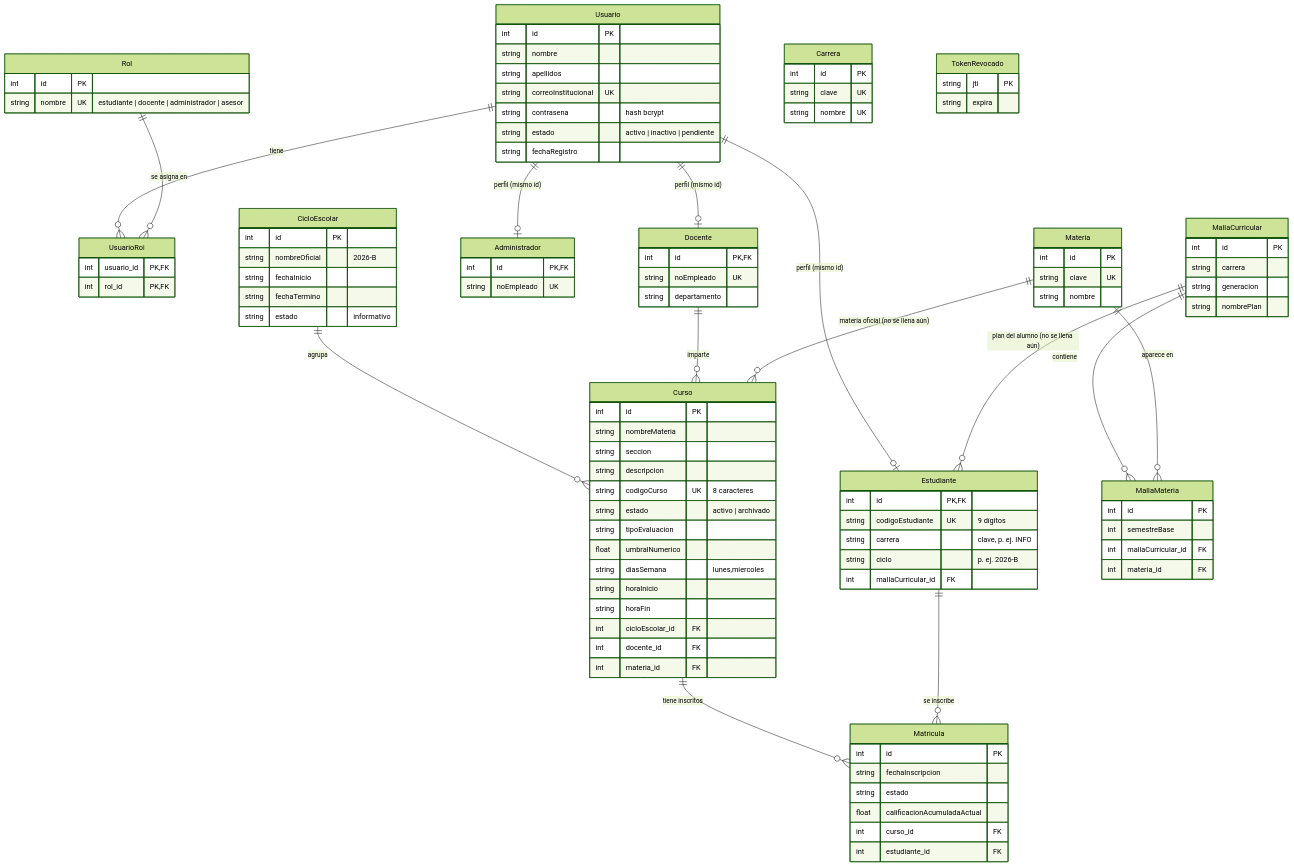
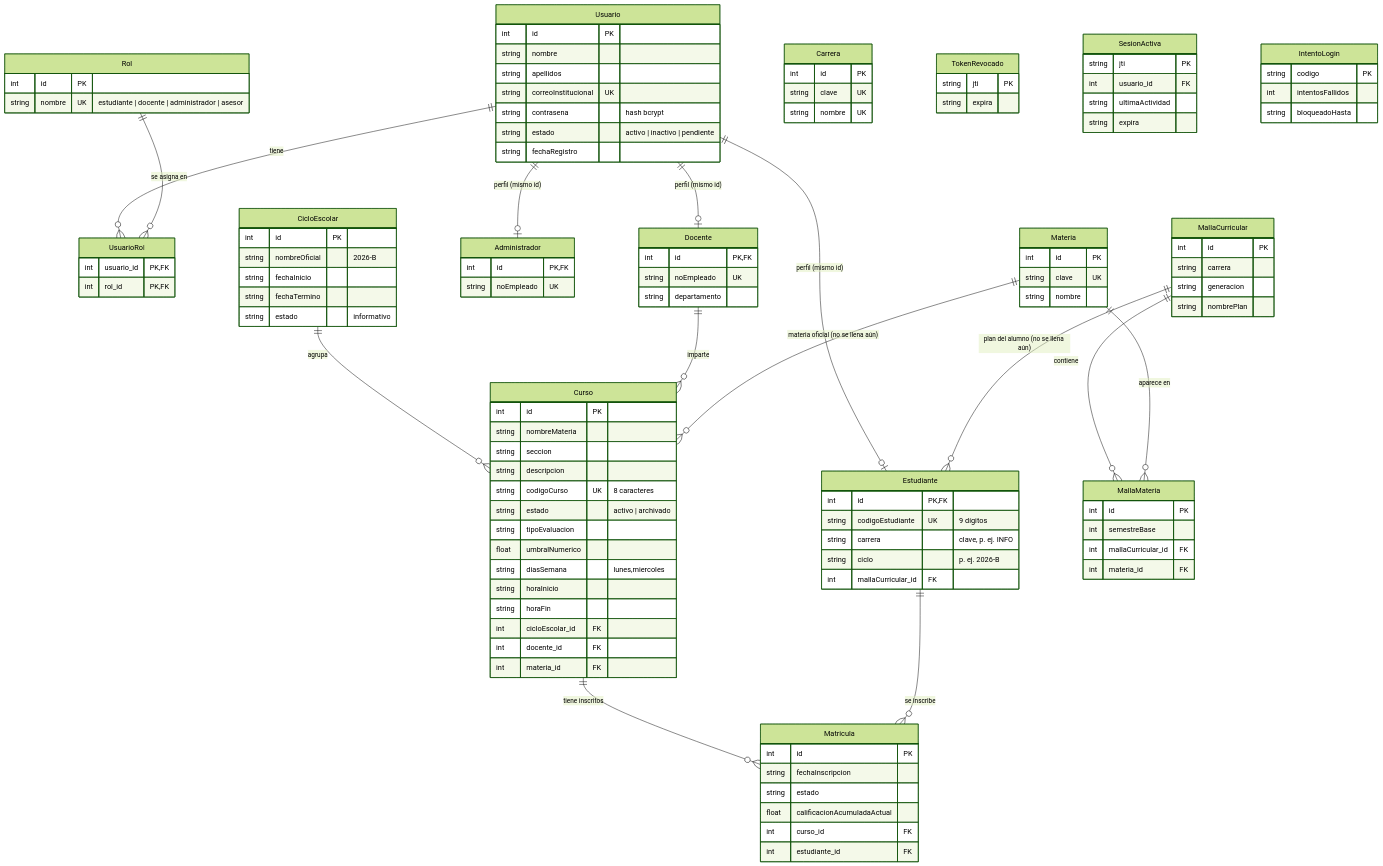
Before and after one commit to Huitrado/SEPA: the first of 4 diagrams in docs/backend/03-base-de-datos.md, drawn with Mermaid (forest theme). The commit also changed other lines of this file and 12 other files, not shown here.

````diff
--- a/docs/backend/03-base-de-datos.md
+++ b/docs/backend/03-base-de-datos.md
@@ -143,4 +143,15 @@
         string jti PK
         string expira
     }
+    SesionActiva {
+        string jti PK
+        int usuario_id FK
+        string ultimaActividad
+        string expira
+    }
+    IntentoLogin {
+        string codigo PK
+        int intentosFallidos
+        string bloqueadoHasta
+    }
 ```
````
